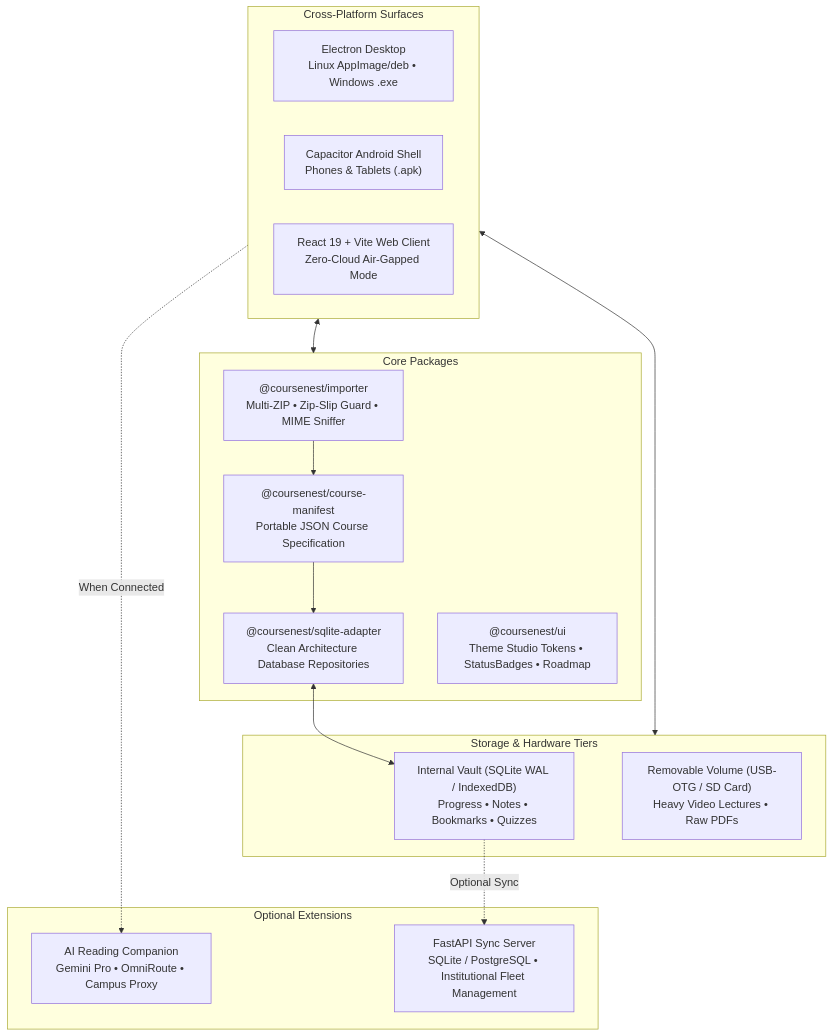
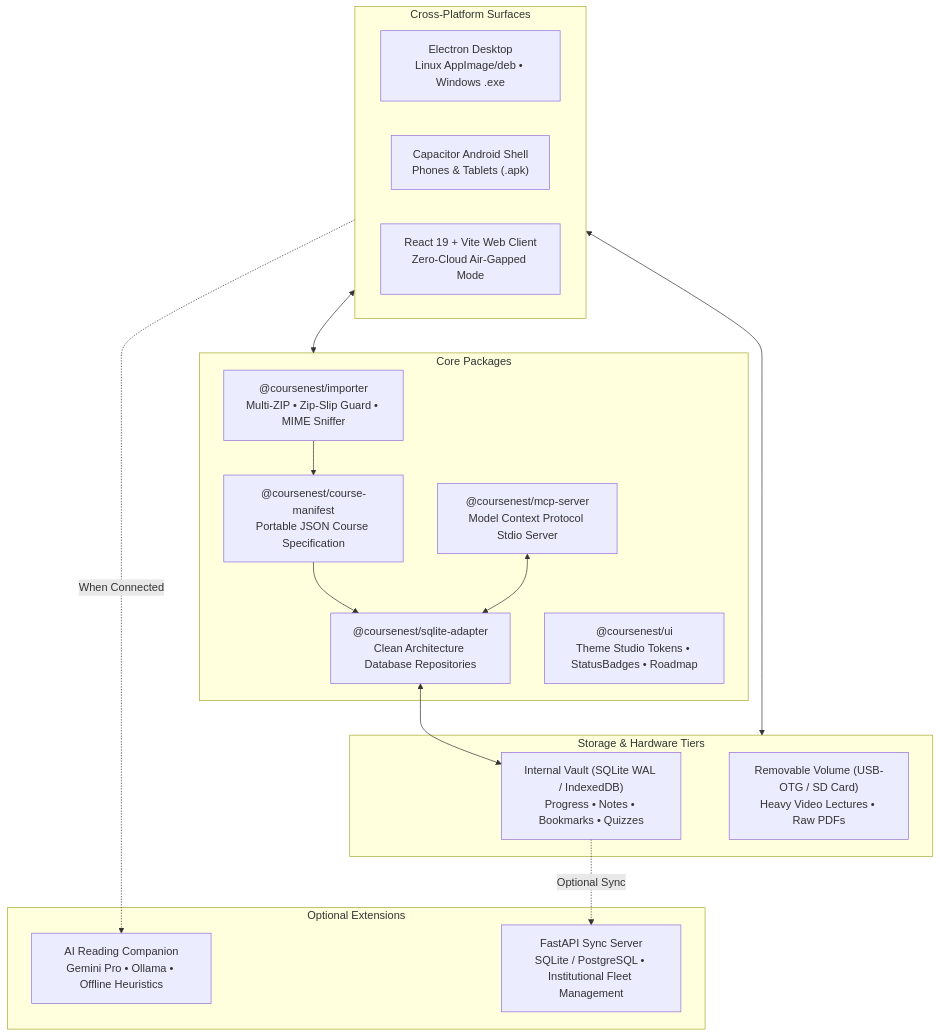
Before and after one commit to PixelApprentice/CourseNest: the diagram in README.md, drawn with Mermaid. The commit also changed other lines of this file and 18 other files, not shown here.

Commit message:
feat: add mcp server, in-app mini window, code viewer & local ai study buddy

````diff
--- a/README.md
+++ b/README.md
@@ -120,32 +137,34 @@
 ```mermaid
 flowchart TD
     subgraph Storage["Storage & Hardware Tiers"]
         INT["Internal Vault (SQLite WAL / IndexedDB)\nProgress • Notes • Bookmarks • Quizzes"]
         EXT["Removable Volume (USB-OTG / SD Card)\nHeavy Video Lectures • Raw PDFs"]
     end
 
     subgraph Core["Core Packages"]
         IMP["@coursenest/importer\nMulti-ZIP • Zip-Slip Guard • MIME Sniffer"]
         MAN["@coursenest/course-manifest\nPortable JSON Course Specification"]
         SQL["@coursenest/sqlite-adapter\nClean Architecture Database Repositories"]
         UI["@coursenest/ui\nTheme Studio Tokens • StatusBadges • Roadmap"]
+        MCP["@coursenest/mcp-server\nModel Context Protocol Stdio Server"]
     end
 
     subgraph Platforms["Cross-Platform Surfaces"]
         DESK["Electron Desktop\nLinux AppImage/deb • Windows .exe"]
         ANDR["Capacitor Android Shell\nPhones & Tablets (.apk)"]
         WEB["React 19 + Vite Web Client\nZero-Cloud Air-Gapped Mode"]
     end
 
     subgraph Optional["Optional Extensions"]
-        AI["AI Reading Companion\nGemini Pro • OmniRoute • Campus Proxy"]
+        AI["AI Reading Companion\nGemini Pro • Ollama • Offline Heuristics"]
         SRV["FastAPI Sync Server\nSQLite / PostgreSQL • Institutional Fleet Management"]
     end
 
     IMP --> MAN --> SQL
     SQL <--> INT
     Platforms <--> Core
     Platforms <--> Storage
     Platforms -.->|When Connected| AI
     INT -.->|Optional Sync| SRV
+    MCP <--> SQL
 ```
````
